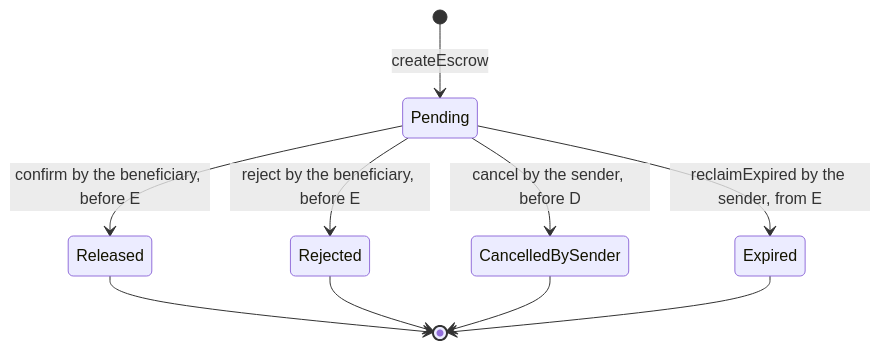
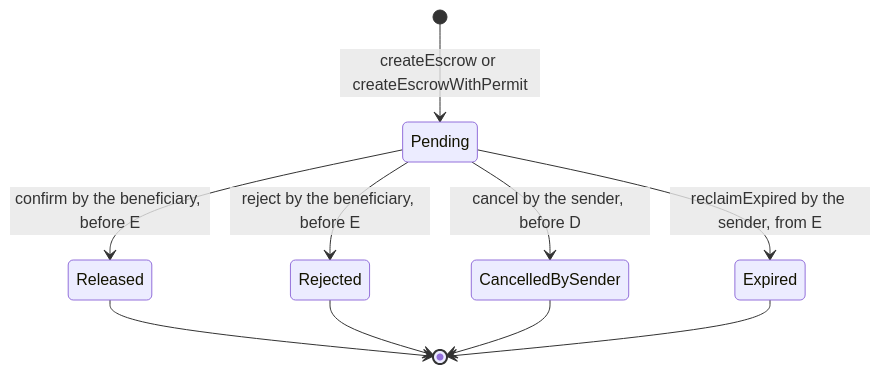
The second of 6 diagrams in docs/ARCHITECTURE.md (crisramb665/remi-challenge), drawn with Mermaid before and after one commit. The commit also changed other lines of this file and 15 other files, not shown here.

First line of the commit message:
feat: implement createEscrowWithPermit for EIP-2612

````diff
--- a/docs/ARCHITECTURE.md
+++ b/docs/ARCHITECTURE.md
@@ -49,12 +49,12 @@
 ```mermaid
 stateDiagram-v2
-  [*] --> Pending: createEscrow
+  [*] --> Pending: createEscrow or createEscrowWithPermit
   Pending --> Released: confirm by the beneficiary, before E
   Pending --> Rejected: reject by the beneficiary, before E
   Pending --> CancelledBySender: cancel by the sender, before D
   Pending --> Expired: reclaimExpired by the sender, from E
   Released --> [*]
   Rejected --> [*]
   CancelledBySender --> [*]
   Expired --> [*]
 ```
````
